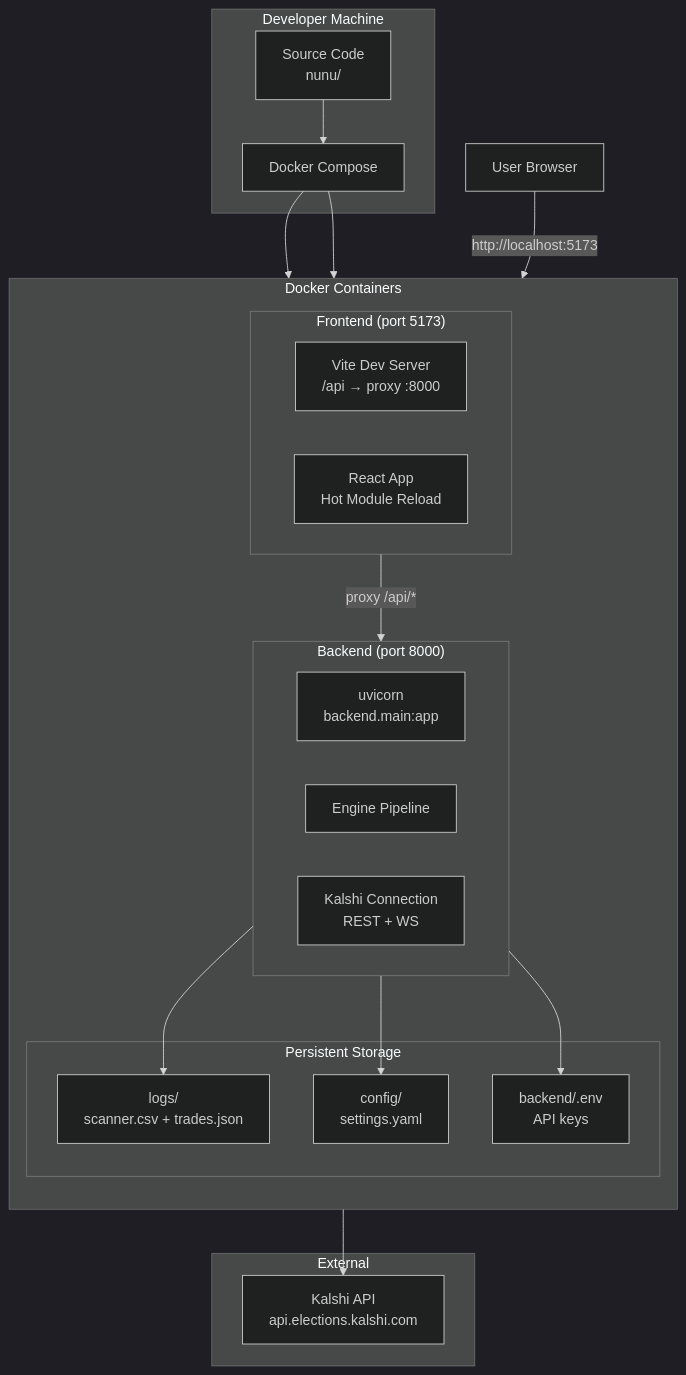
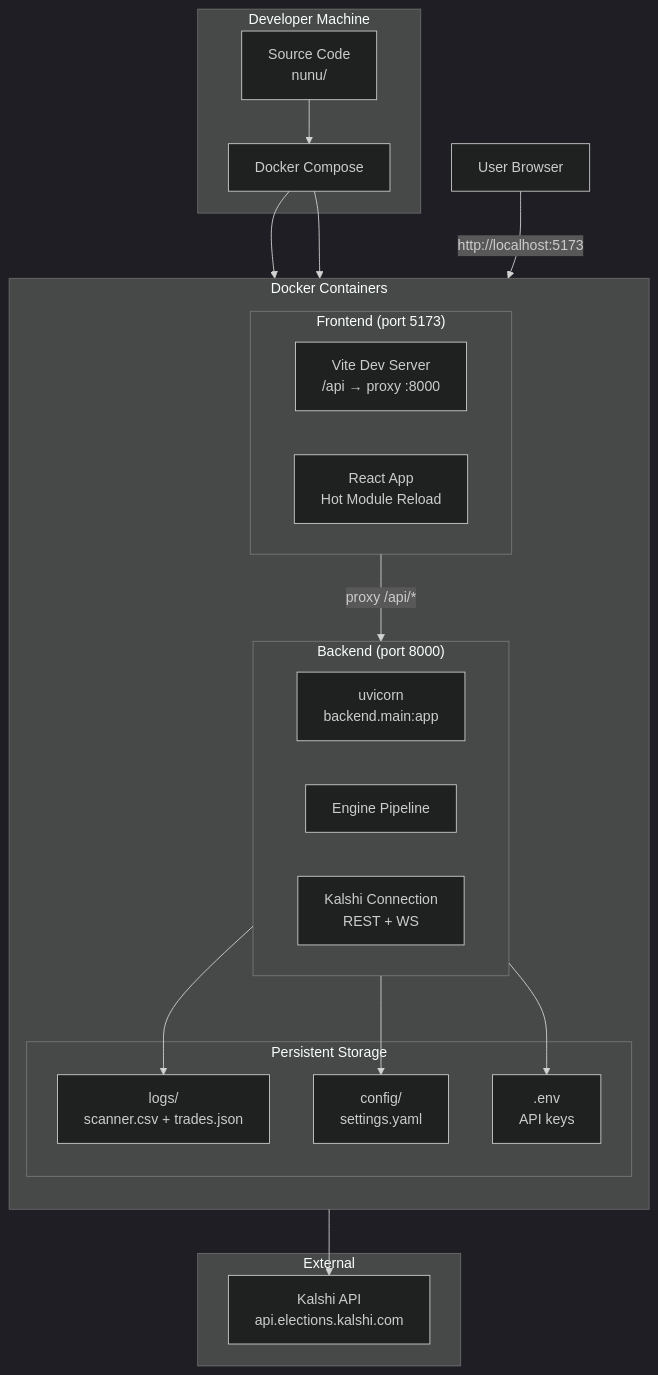
Diagram 15 of 18 in docs/architecture.md (Danish11512/nunu), drawn with Mermaid (dark theme) before and after one commit. The commit also changed 11 other files, not shown here.

````diff
--- a/docs/architecture.md
+++ b/docs/architecture.md
@@ -763,44 +763,44 @@
 ```mermaid
 graph TB
     subgraph DevMachine["Developer Machine"]
         CODE["Source Code<br/>nunu/"]
         DOCKER["Docker Compose"]
     end
     
     subgraph DockerContainers["Docker Containers"]
         direction TB
         
         subgraph BackendContainer["Backend (port 8000)"]
             UVICORN["uvicorn<br/>backend.main:app"]
             ENGINE_PROC["Engine Pipeline"]
             KALSHI_CONN["Kalshi Connection<br/>REST + WS"]
         end
         
         subgraph FrontendContainer["Frontend (port 5173)"]
             VITE["Vite Dev Server<br/>/api → proxy :8000"]
             REACT_APP["React App<br/>Hot Module Reload"]
         end
         
         subgraph Storage["Persistent Storage"]
             LOGS["logs/<br/>scanner.csv + trades.json"]
             CONFIG_FILES["config/<br/>settings.yaml"]
-            ENV["backend/.env<br/>API keys"]
+            ENV[".env<br/>API keys"]
         end
     end
     
     subgraph ExternalServices["External"]
         KALSHI["Kalshi API<br/>api.elections.kalshi.com"]
     end
 
     CODE --> DOCKER
     DOCKER --> BackendContainer
     DOCKER --> FrontendContainer
     
     BackendContainer --> KALSHI
     BackendContainer --> LOGS
     BackendContainer --> CONFIG_FILES
     BackendContainer --> ENV
     FrontendContainer -->|"proxy /api/*"| BackendContainer
     
     User["User Browser"] -->|"http://localhost:5173"| FrontendContainer
 ```
````
